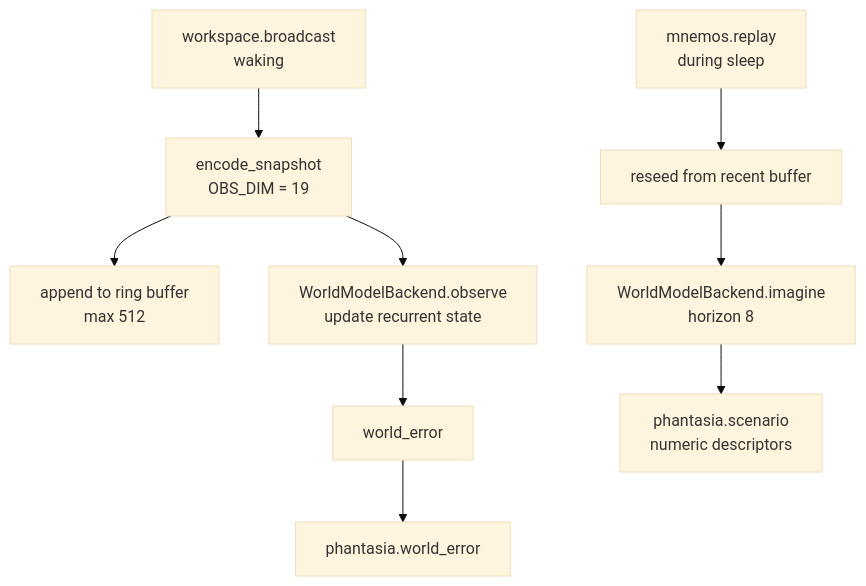
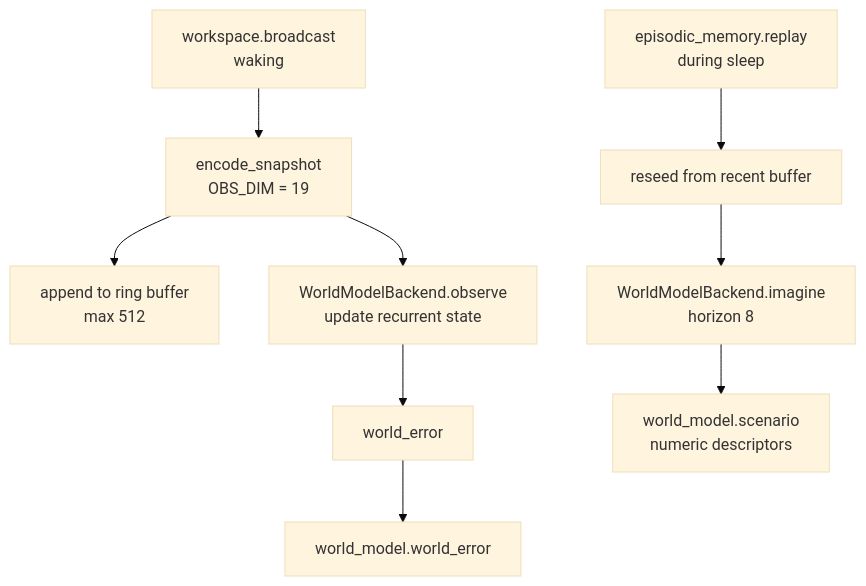
One commit to kaineone/kaine changed the diagram in docs/09-modules/world-model.md. Above: the diagram before and after it, drawn with Mermaid (base theme). The commit also changed other lines of this file and 967 other files, not shown here.

````diff
--- a/docs/09-modules/world-model.md
+++ b/docs/09-modules/world-model.md
@@ -103,12 +103,12 @@
 ```mermaid
 flowchart TD
     WS[workspace.broadcast\nwaking] --> ENC[encode_snapshot\nOBS_DIM = 19]
     ENC --> BUF[append to ring buffer\nmax 512]
     ENC --> OBS[WorldModelBackend.observe\nupdate recurrent state]
     OBS --> ERR[world_error]
-    ERR --> PUB_ERR[phantasia.world_error]
+    ERR --> PUB_ERR[world_model.world_error]
 
-    REPLAY[mnemos.replay\nduring sleep] --> SEED[reseed from recent buffer]
+    REPLAY[episodic_memory.replay\nduring sleep] --> SEED[reseed from recent buffer]
     SEED --> IMAGINE[WorldModelBackend.imagine\nhorizon 8]
-    IMAGINE --> SCE[phantasia.scenario\nnumeric descriptors]
+    IMAGINE --> SCE[world_model.scenario\nnumeric descriptors]
 ```
````
